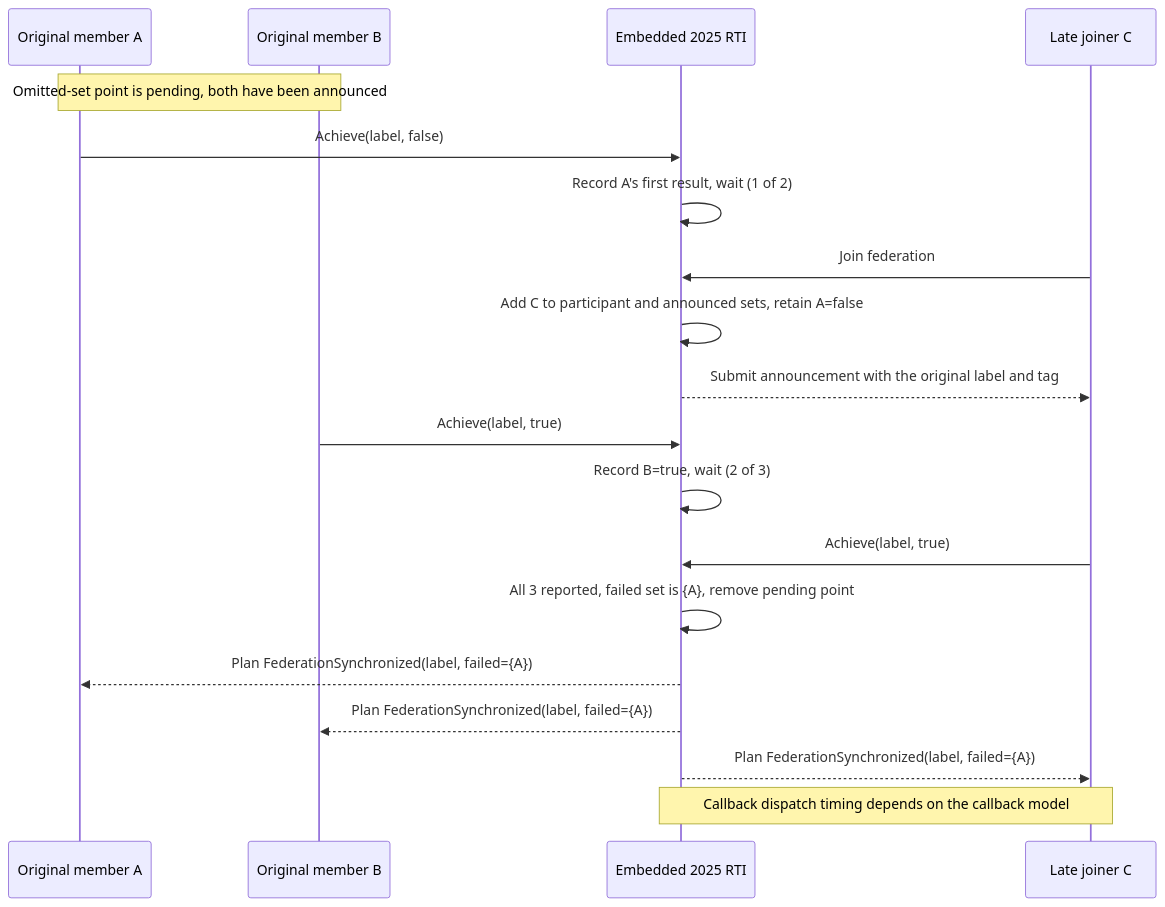
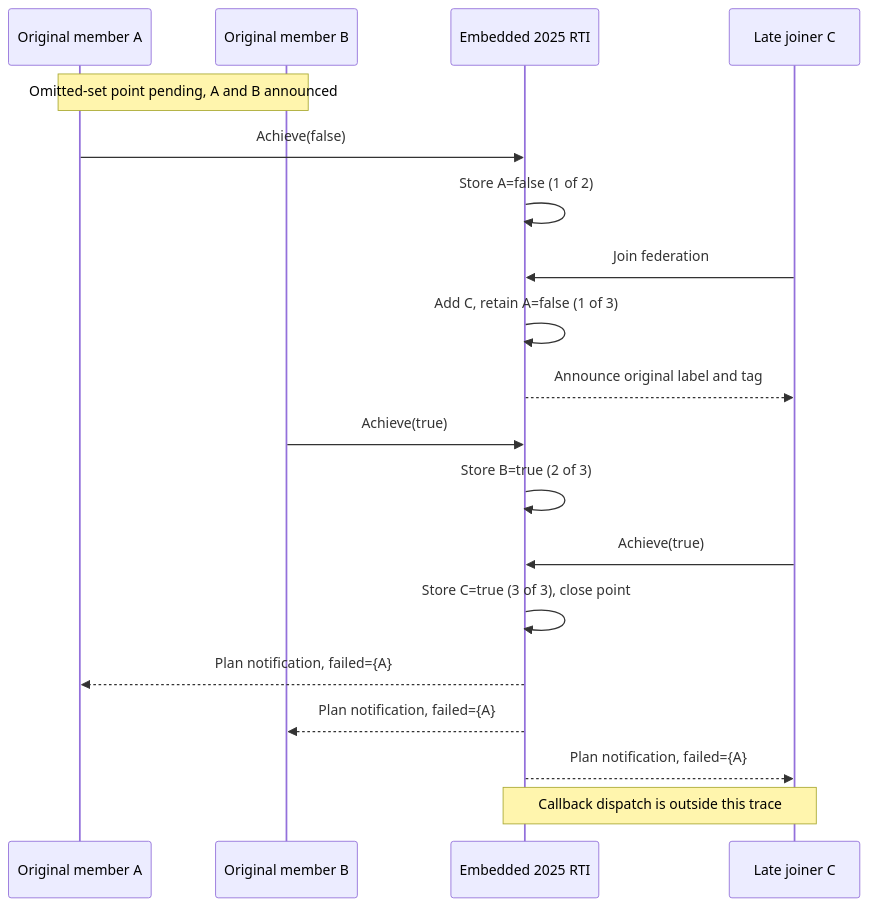
One commit to sheepfling/umbra changed the fifth of 21 diagrams in docs/design/HLA-2025-FEDERATION-SYNCHRONIZATION-FLOW-GUIDE.md. Above: the diagram before and after it, drawn with Mermaid. The commit also changed other lines of this file and 39 other files, not shown here.

Commit message:
Document IEEE 1516.1-2025 behavior flows

````diff
--- a/docs/design/HLA-2025-FEDERATION-SYNCHRONIZATION-FLOW-GUIDE.md
+++ b/docs/design/HLA-2025-FEDERATION-SYNCHRONIZATION-FLOW-GUIDE.md
@@ -243,21 +291,21 @@
 ```mermaid
 sequenceDiagram
   participant A as Original member A
   participant B as Original member B
   participant RTI as Embedded 2025 RTI
   participant C as Late joiner C
-  Note over A,B: Omitted-set point is pending, both have been announced
-  A->>RTI: Achieve(label, false)
-  RTI->>RTI: Record A's first result, wait (1 of 2)
+  Note over A,B: Omitted-set point pending, A and B announced
+  A->>RTI: Achieve(false)
+  RTI->>RTI: Store A=false (1 of 2)
   C->>RTI: Join federation
-  RTI->>RTI: Add C to participant and announced sets, retain A=false
-  RTI-->>C: Submit announcement with the original label and tag
-  B->>RTI: Achieve(label, true)
-  RTI->>RTI: Record B=true, wait (2 of 3)
-  C->>RTI: Achieve(label, true)
-  RTI->>RTI: All 3 reported, failed set is {A}, remove pending point
-  RTI-->>A: Plan FederationSynchronized(label, failed={A})
-  RTI-->>B: Plan FederationSynchronized(label, failed={A})
-  RTI-->>C: Plan FederationSynchronized(label, failed={A})
-  Note over RTI,C: Callback dispatch timing depends on the callback model
+  RTI->>RTI: Add C, retain A=false (1 of 3)
+  RTI-->>C: Announce original label and tag
+  B->>RTI: Achieve(true)
+  RTI->>RTI: Store B=true (2 of 3)
+  C->>RTI: Achieve(true)
+  RTI->>RTI: Store C=true (3 of 3), close point
+  RTI-->>A: Plan notification, failed={A}
+  RTI-->>B: Plan notification, failed={A}
+  RTI-->>C: Plan notification, failed={A}
+  Note over RTI,C: Callback dispatch is outside this trace
 ```
````
